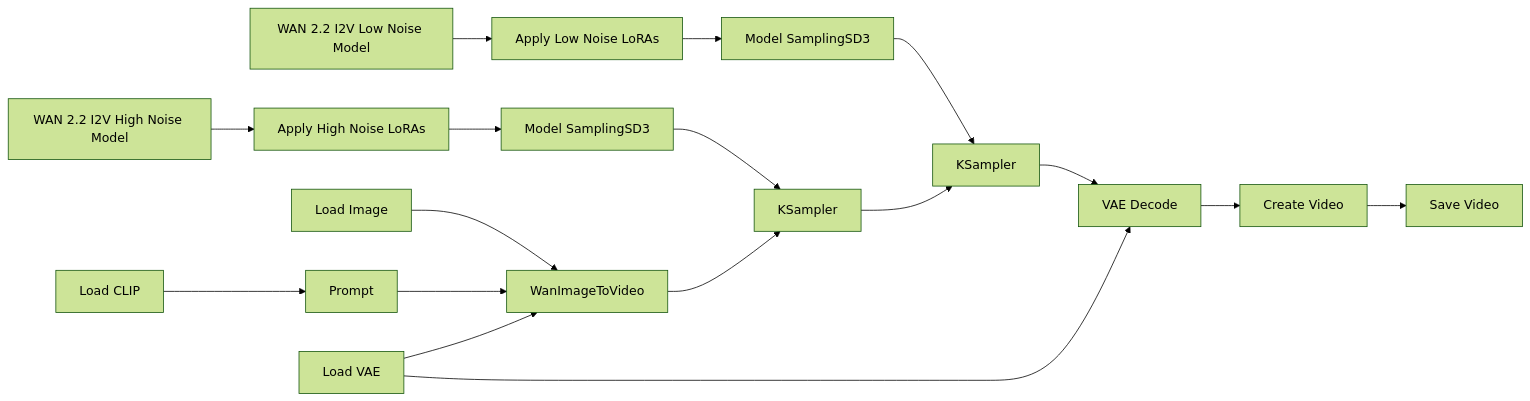
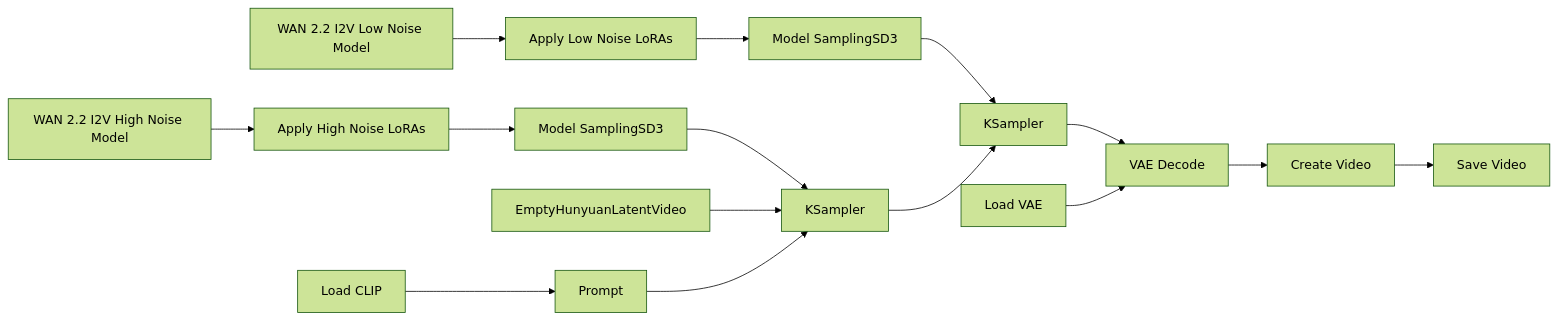
Before and after one commit to felipebottega/AI-Audiovisual-Lab: the diagram in ComfyUI/Guide-ComfyUI-T2V.md, drawn with Mermaid (forest theme). The commit also changed other lines of this file, not shown here.

````diff
--- a/ComfyUI/Guide-ComfyUI-T2V.md
+++ b/ComfyUI/Guide-ComfyUI-T2V.md
@@ -16,10 +16,9 @@
 ```mermaid
 flowchart LR
     A1[WAN 2.2 I2V High Noise Model] --> B1[Apply High Noise LoRAs] --> C1[Model SamplingSD3] --> D1[KSampler]
     A2[WAN 2.2 I2V Low Noise Model] --> B2[Apply Low Noise LoRAs] --> C2[Model SamplingSD3] --> D2[KSampler]
     D1 --> D2 --> E[VAE Decode] --> F[Create Video] --> G[Save Video]
-    A3[Load Image] --> B3[WanImageToVideo] --> D1
-    A4[Load CLIP] --> B4[Prompt] --> B3
-    A5[Load VAE] --> B3
-    A5 --> E
+    A3[EmptyHunyuanLatentVideo] --> D1
+    A4[Load CLIP] --> B4[Prompt] --> D1
+    A5[Load VAE] --> E
 ```
````
